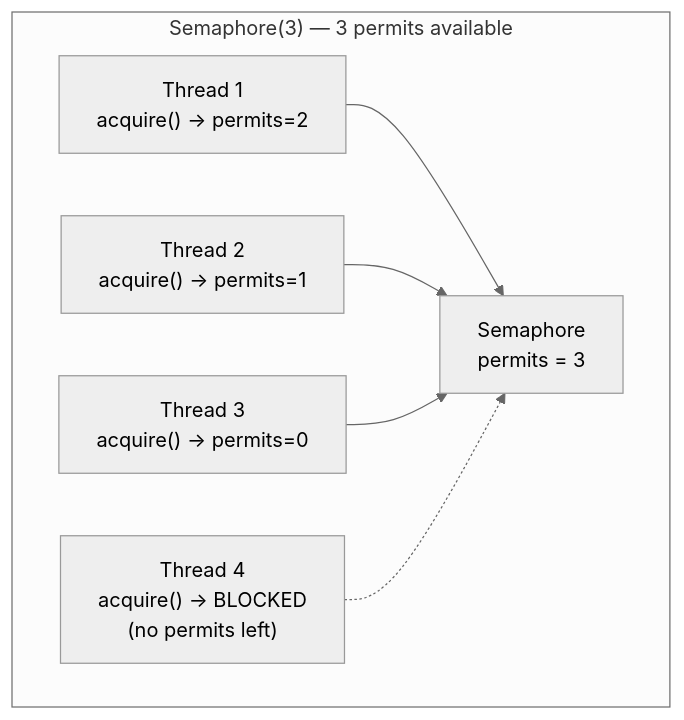
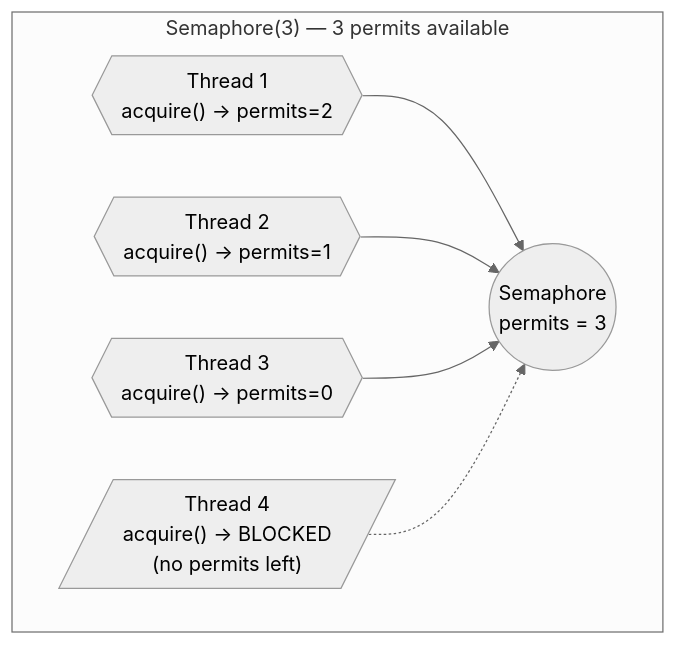
One commit to saivamsikaruturi/vamsilabs-dev-notes-main changed the first of 4 diagrams in docs/java/ConcurrencyPatterns.md. Above: the diagram before and after it, drawn with Mermaid (neutral theme). The commit also changed other lines of this file and 146 other files, not shown here.

Commit message:
Horizontal diagrams, UML class diagrams, typography overhaul, and permalink cleanup

````diff
--- a/docs/java/ConcurrencyPatterns.md
+++ b/docs/java/ConcurrencyPatterns.md
@@ -284,10 +284,10 @@
 ```mermaid
-graph TD
+flowchart LR
     subgraph "Semaphore(3) — 3 permits available"
-        S["Semaphore<br/>permits = 3"]
-        T1["Thread 1<br/>acquire() → permits=2"] --> S
-        T2["Thread 2<br/>acquire() → permits=1"] --> S
-        T3["Thread 3<br/>acquire() → permits=0"] --> S
-        T4["Thread 4<br/>acquire() → BLOCKED<br/>(no permits left)"] -.-> S
+        direction LR
+        T1{{"Thread 1<br/>acquire() → permits=2"}} --> S(("Semaphore<br/>permits = 3"))
+        T2{{"Thread 2<br/>acquire() → permits=1"}} --> S
+        T3{{"Thread 3<br/>acquire() → permits=0"}} --> S
+        T4[/"Thread 4<br/>acquire() → BLOCKED<br/>(no permits left)"/] -.-> S
     end
 ```
````
